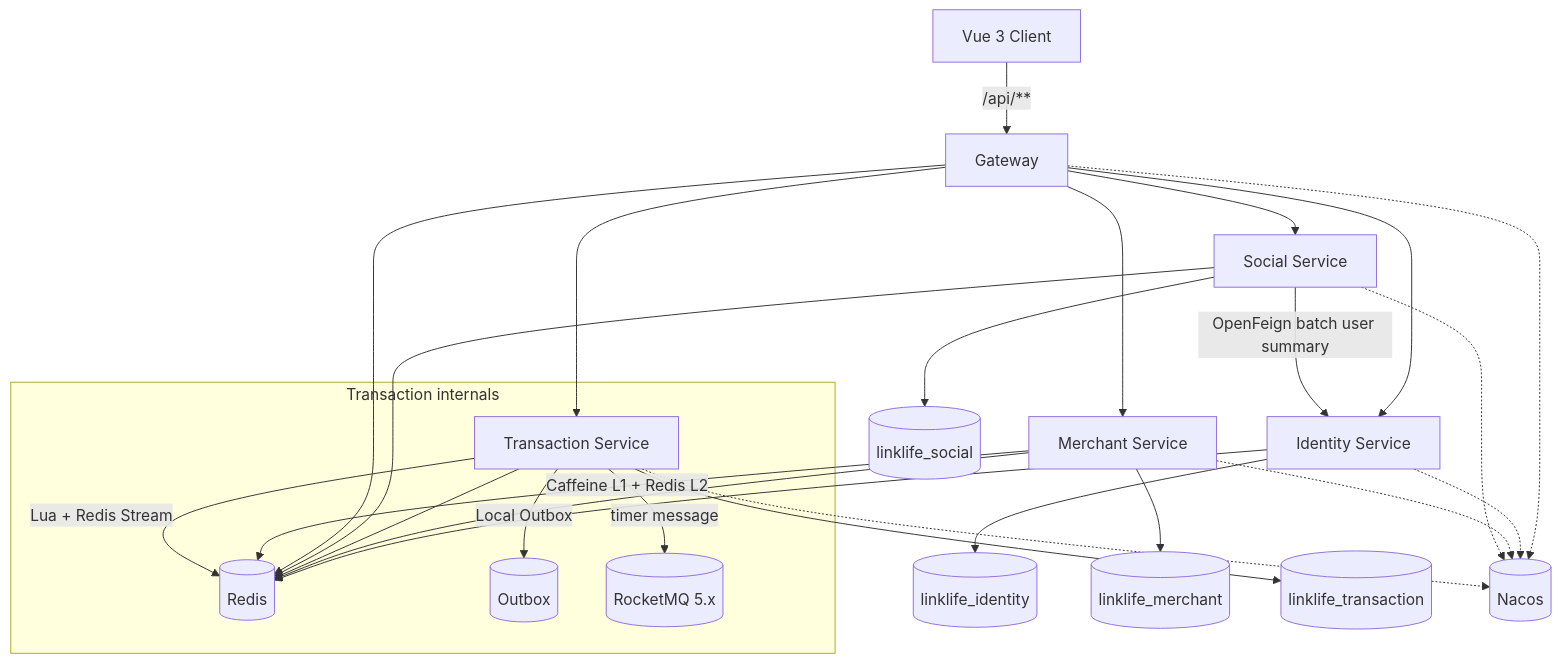
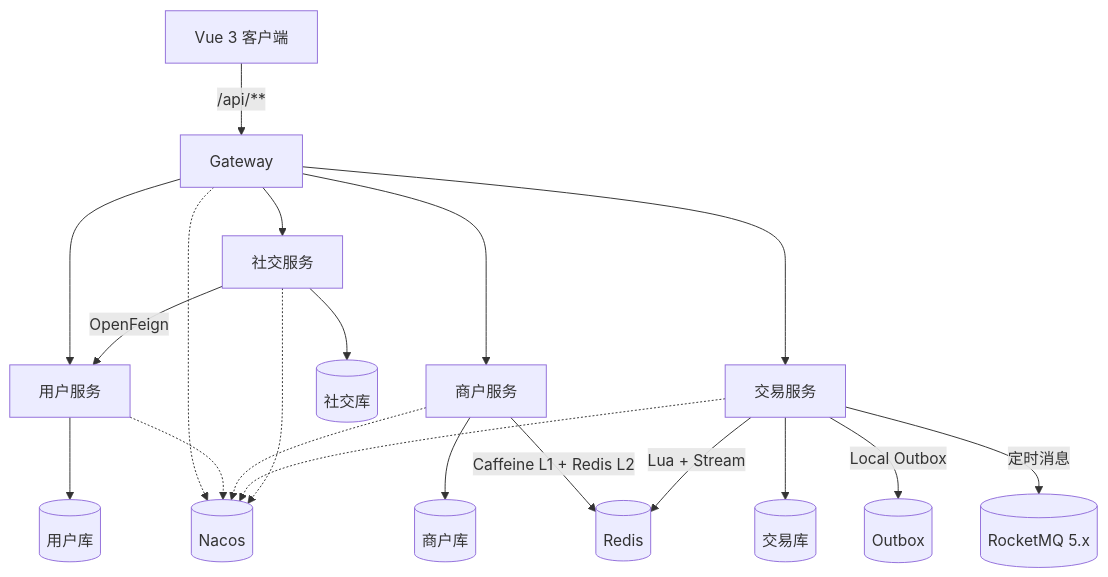
One commit to ccy777/LinkLife changed the diagram in README.md. Above: the diagram before and after it, drawn with Mermaid. The commit also changed other lines of this file and 25 other files, not shown here.

````diff
--- a/README.md
+++ b/README.md
@@ -68,36 +50,22 @@
 ```mermaid
 flowchart TB
-    Client[Vue 3 Client] -->|/api/**| GW[Gateway]
-
-    GW --> Identity[Identity Service]
-    GW --> Merchant[Merchant Service]
-    GW --> Transaction[Transaction Service]
-    GW --> Social[Social Service]
-
-    Identity --> IDB[(linklife_identity)]
-    Merchant --> MDB[(linklife_merchant)]
-    Transaction --> TDB[(linklife_transaction)]
-    Social --> SDB[(linklife_social)]
-
-    Social -->|OpenFeign batch user summary| Identity
-
-    Identity --> Redis[(Redis)]
-    Merchant --> Redis
-    Transaction --> Redis
-    Social --> Redis
-    GW --> Redis
-
-    Merchant -->|Caffeine L1 + Redis L2| Redis
-
-    subgraph Transaction internals
-        Transaction -->|Lua + Redis Stream| Redis
-        Transaction -->|Local Outbox| OB[(Outbox)]
-        Transaction -->|timer message| RMQ[(RocketMQ 5.x)]
-    end
-
-    GW -.-> Nacos[(Nacos)]
+    Client[Vue 3 客户端] -->|/api/**| Gateway[Gateway]
+    Gateway --> Identity[用户服务]
+    Gateway --> Merchant[商户服务]
+    Gateway --> Transaction[交易服务]
+    Gateway --> Social[社交服务]
+    Identity --> IdentityDB[(用户库)]
+    Merchant --> MerchantDB[(商户库)]
+    Transaction --> TransactionDB[(交易库)]
+    Social --> SocialDB[(社交库)]
+    Social -->|OpenFeign| Identity
+    Merchant -->|Caffeine L1 + Redis L2| Redis[(Redis)]
+    Transaction -->|Lua + Stream| Redis
+    Transaction -->|Local Outbox| Outbox[(Outbox)]
+    Transaction -->|定时消息| RocketMQ[(RocketMQ 5.x)]
+    Gateway -.-> Nacos[(Nacos)]
     Identity -.-> Nacos
     Merchant -.-> Nacos
     Transaction -.-> Nacos
     Social -.-> Nacos
 ```
````
